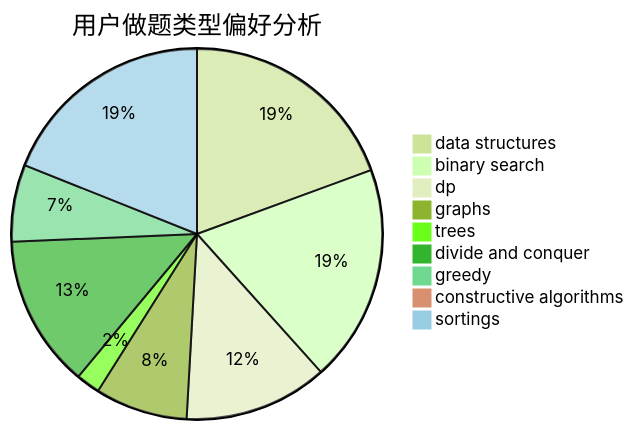
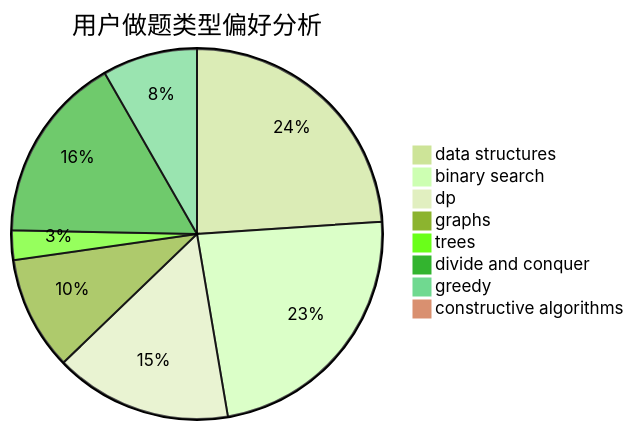
The second of 3 diagrams in docs/user/u898.md (sherpahu/cfrs.github.io), drawn with Mermaid (forest theme) before and after one commit. The commit also changed other lines of this file and 2769 other files, not shown here.

````diff
--- a/docs/user/u898.md
+++ b/docs/user/u898.md
@@ -18,12 +18,11 @@
 ```mermaid
 pie title 用户做题类型偏好分析
     "data structures" :  130
     "binary search" :  127
     "dp" :  84
     "graphs" :  54
     "trees" :  14
     "divide and conquer" :  89
     "greedy" :  45
     "constructive algorithms" :  4
-    "sortings" :  127
 ```
````
